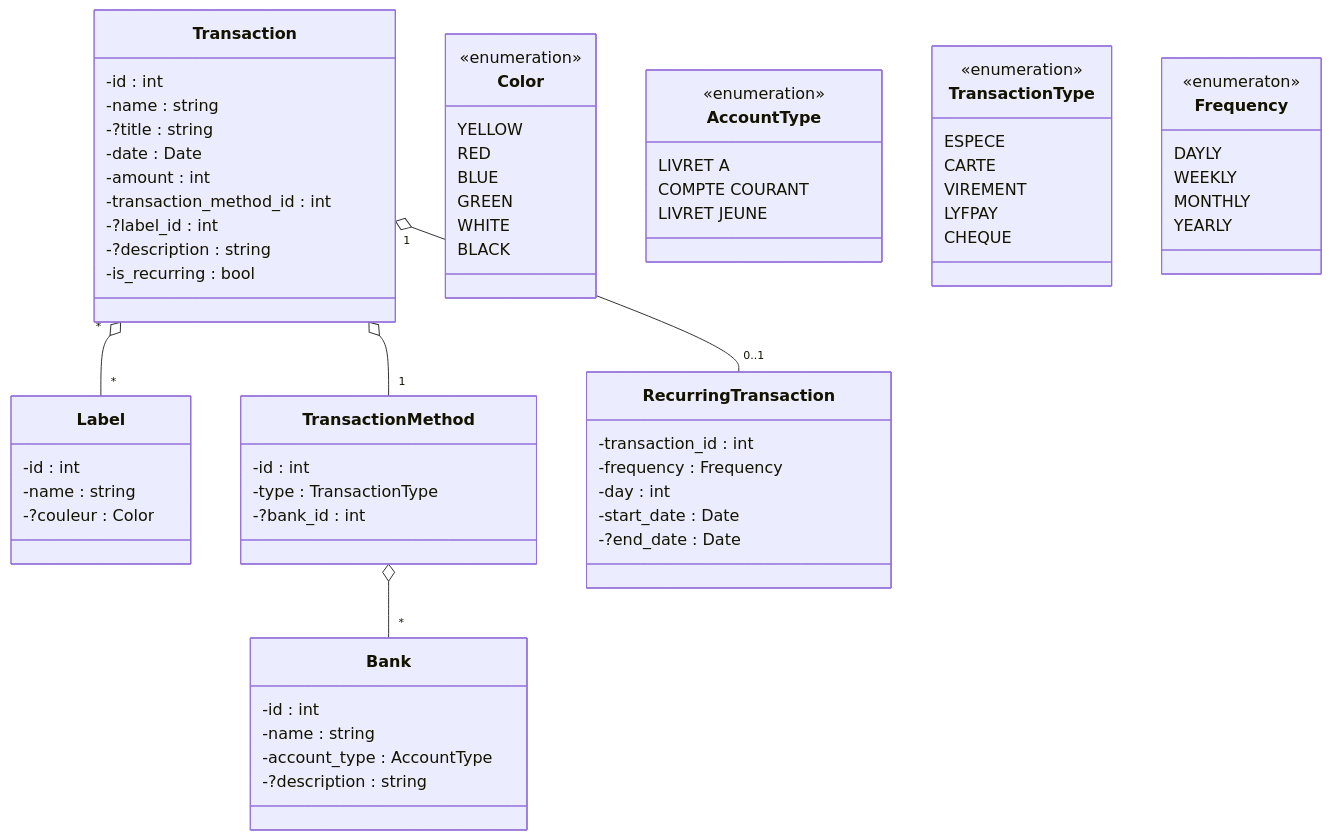
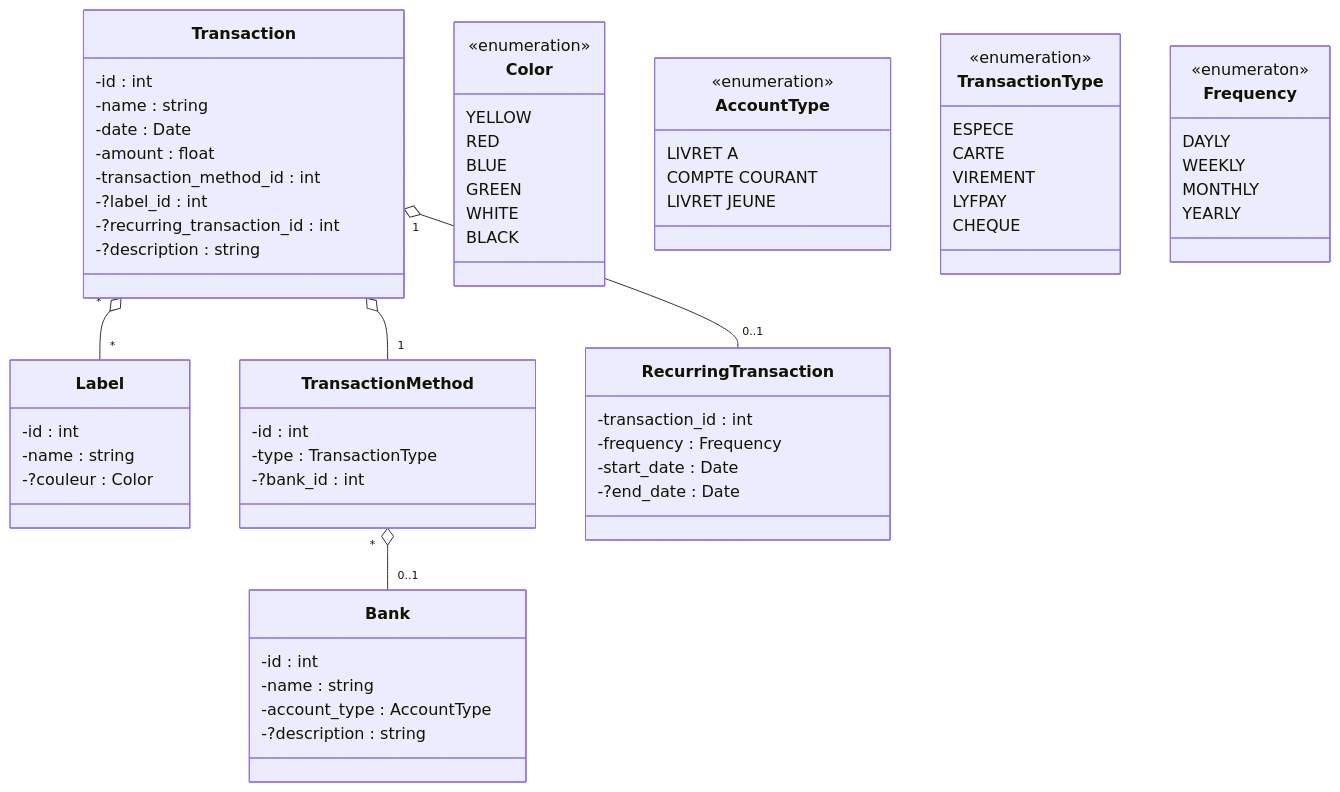
The diagram in backend/README.md (Actarus35/ActaBank), drawn with Mermaid before and after one commit. The commit also changed 54 other files, not shown here.

````diff
--- a/backend/README.md
+++ b/backend/README.md
@@ -5,78 +5,76 @@
 ```mermaid
 classDiagram
     Transaction "*" o-- "*" Label
     Transaction o-- "1" TransactionMethod
-    TransactionMethod o-- "*" Bank
+    TransactionMethod "*" o-- "0..1" Bank
     Transaction "1" o-- "0..1" RecurringTransaction
     class Transaction{
       -id : int
       -name : string
-      -?title : string
       -date : Date
-      -amount : int
+      -amount : float
       -transaction_method_id : int
       -?label_id : int
+      -?recurring_transaction_id : int
       -?description : string
-      -is_recurring : bool
     }
 
     class Label{
       -id : int
       -name : string
       -?couleur : Color
     }
     class TransactionMethod{
       -id : int
       -type : TransactionType
       -?bank_id : int
     }
 
     class Bank{
         -id : int
         -name : string
         -account_type : AccountType
         -?description : string
     }
 
     class RecurringTransaction{
         -transaction_id : int
         -frequency : Frequency
-        -day : int
         -start_date : Date
         -?end_date : Date
     }
 
     class Color{
         <<enumeration>>
         YELLOW
         RED
         BLUE
         GREEN
         WHITE
         BLACK
     }
 
     class AccountType{
         <<enumeration>>
         LIVRET A
         COMPTE COURANT
         LIVRET JEUNE
     }
 
     class TransactionType{
         <<enumeration>>
         ESPECE
         CARTE
         VIREMENT
         LYFPAY
         CHEQUE
     }
 
     class Frequency{
         <<enumeraton>>
         DAYLY
         WEEKLY
         MONTHLY
         YEARLY
     }
 ```
````
